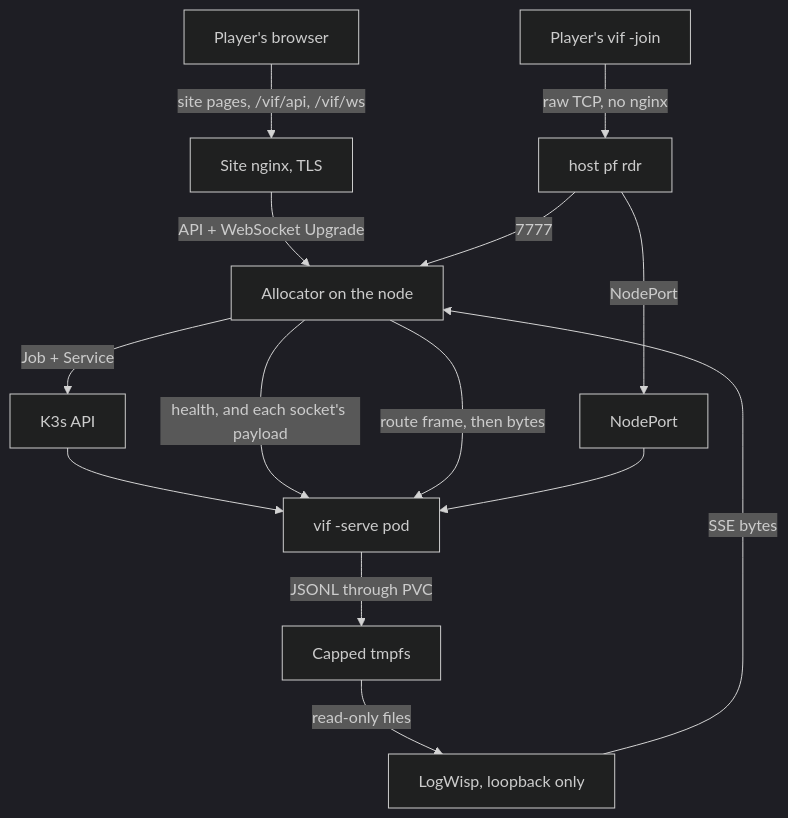
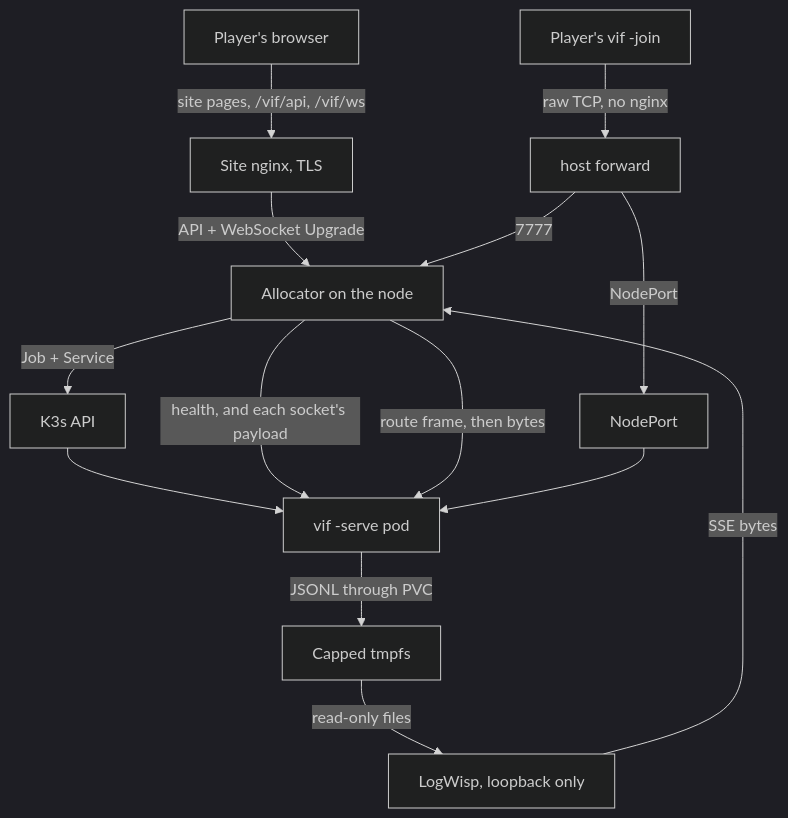
The diagram in doc/kube-docker-deploy.md (lixenwraith/vif), drawn with Mermaid (dark theme) before and after one commit. The commit also changed other lines of this file and 15 other files, not shown here.

````diff
--- a/doc/kube-docker-deploy.md
+++ b/doc/kube-docker-deploy.md
@@ -36,14 +36,14 @@
 ```mermaid
 flowchart TD
     Browser["Player's browser"] -->|"site pages, /vif/api, /vif/ws"| Site["Site nginx, TLS"]
     Site -->|"API + WebSocket Upgrade"| Alloc["Allocator on the node"]
     Alloc -->|"Job + Service"| API["K3s API"]
     API --> Pod["vif -serve pod"]
     Alloc -->|"health, and each socket's payload"| Pod
-    Term["Player's vif -join"] -->|"raw TCP, no nginx"| PF["host pf rdr"]
-    PF -->|"7777"| Alloc -->|"route frame, then bytes"| Pod
-    PF -->|"NodePort"| NP["NodePort"] --> Pod
+    Term["Player's vif -join"] -->|"raw TCP, no nginx"| Fwd["host forward"]
+    Fwd -->|"7777"| Alloc -->|"route frame, then bytes"| Pod
+    Fwd -->|"NodePort"| NP["NodePort"] --> Pod
     Pod -->|"JSONL through PVC"| Log["Capped tmpfs"]
     Log -->|"read-only files"| Wisp["LogWisp, loopback only"]
     Wisp -->|"SSE bytes"| Alloc
 ```
````
